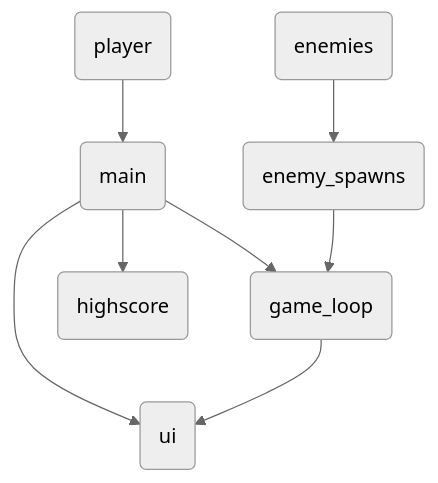
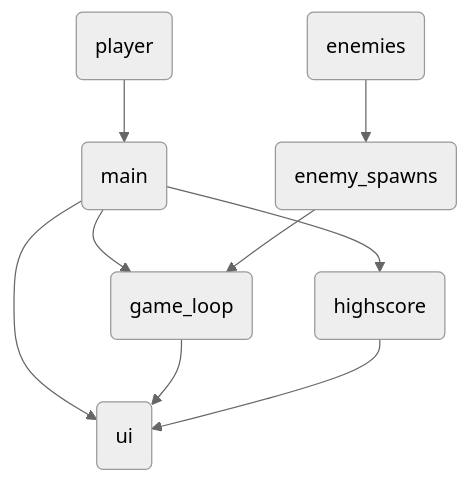
The first of 4 diagrams in dokumentaatio/arkkitehtuuri.md (tkhnhy/ot-harjoitustyo), drawn with Mermaid (neutral theme) before and after one commit. The commit also changed other lines of this file and 5 other files, not shown here.

````diff
--- a/dokumentaatio/arkkitehtuuri.md
+++ b/dokumentaatio/arkkitehtuuri.md
@@ -11,21 +11,22 @@
 ```mermaid
 
 flowchart TD;
 
 	main(main)
 	ui(ui)
 	game_loop(game_loop)
 	player(player)
 	enemy_spawns(enemy_spawns)
 	enemies(enemies)
 	highscore(highscore)
 	
 	main --> ui
 	main --> game_loop
 	player --> main
 	enemy_spawns --> game_loop
 	game_loop --> ui
 	enemies --> enemy_spawns
 	main --> highscore
+	highscore --> ui
 	
 ```
````
